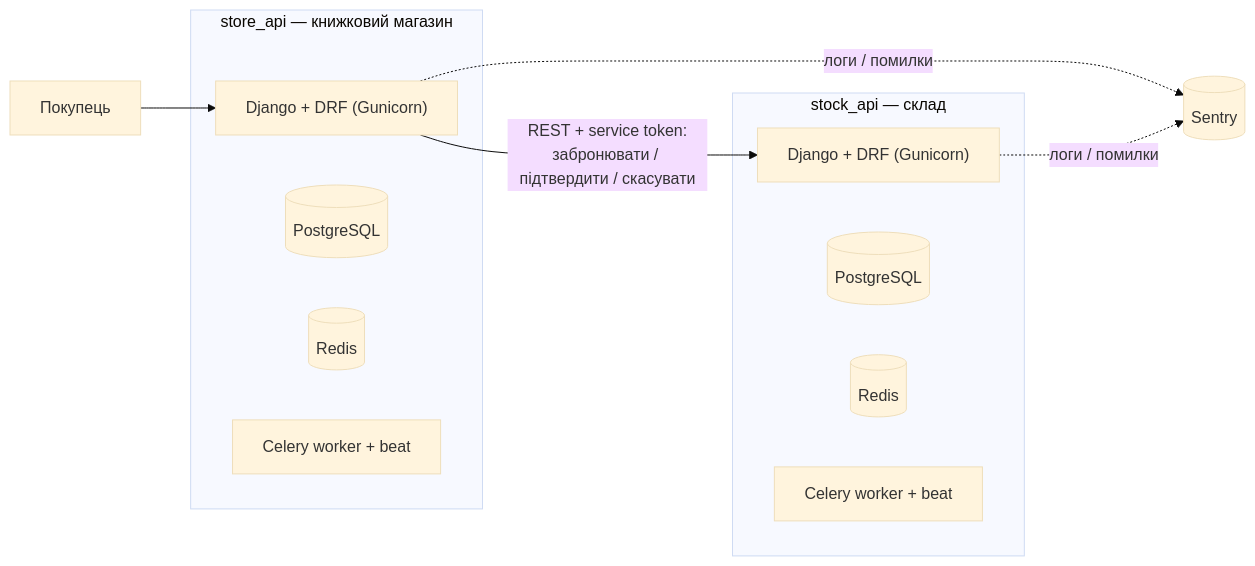
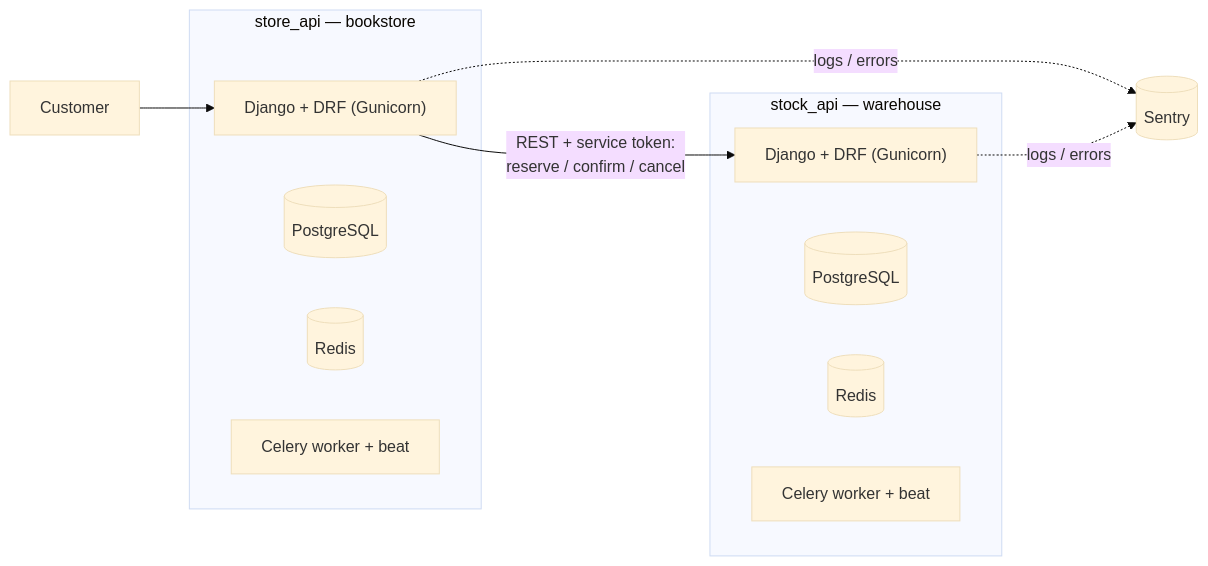
One commit to LesiaLadan/Home_Work changed the diagram in final_project/README.md. Above: the diagram before and after it, drawn with Mermaid (base theme). The commit also changed other lines of this file and 10 other files, not shown here.

````diff
--- a/final_project/README.md
+++ b/final_project/README.md
@@ -10,19 +10,19 @@
 ```mermaid
 graph LR
-    subgraph store_api["store_api — книжковий магазин"]
+    subgraph store_api["store_api — bookstore"]
         A_web["Django + DRF (Gunicorn)"]
         A_db[(PostgreSQL)]
         A_redis[(Redis)]
         A_celery["Celery worker + beat"]
     end
-    subgraph stock_api["stock_api — склад"]
+    subgraph stock_api["stock_api — warehouse"]
         B_web["Django + DRF (Gunicorn)"]
         B_db[(PostgreSQL)]
         B_redis[(Redis)]
         B_celery["Celery worker + beat"]
     end
-    Client["Покупець"] --> A_web
-    A_web -->|"REST + service token:<br/>забронювати / підтвердити / скасувати"| B_web
-    A_web -.->|логи / помилки| Sentry[(Sentry)]
-    B_web -.->|логи / помилки| Sentry
+    Client["Customer"] --> A_web
+    A_web -->|"REST + service token:<br/>reserve / confirm / cancel"| B_web
+    A_web -.->|logs / errors| Sentry[(Sentry)]
+    B_web -.->|logs / errors| Sentry
 ```
````
